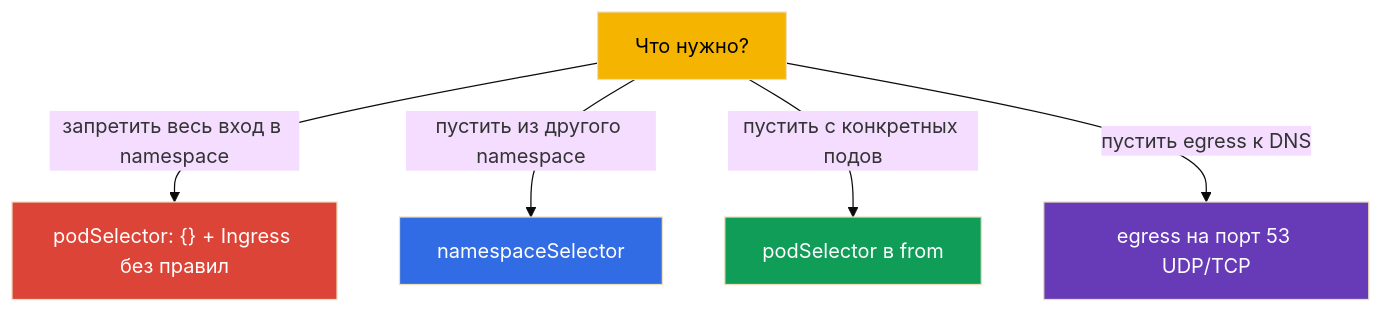
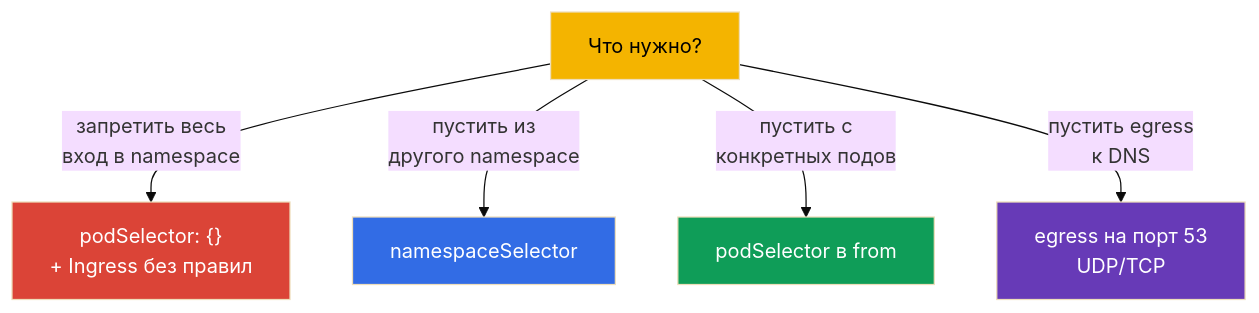
One commit to ViktorUJ/cks changed the sixth of 6 diagrams in tasks/cka/course/34/ru.md. Above: the diagram before and after it, drawn with Mermaid (base theme). The commit also changed other lines of this file and 30 other files, not shown here.

````diff
--- a/tasks/cka/course/34/ru.md
+++ b/tasks/cka/course/34/ru.md
@@ -175,13 +256,13 @@
 ```mermaid
 flowchart TB
     q["Что нужно?"]
-    q -->|"запретить весь вход в namespace"| dd["podSelector: {} + Ingress без правил"]
-    q -->|"пустить из другого namespace"| ns["namespaceSelector"]
-    q -->|"пустить с конкретных подов"| ps["podSelector в from"]
-    q -->|"пустить egress к DNS"| dns["egress на порт 53 UDP/TCP"]
+    q -->|"запретить весь<br>вход в namespace"| dd["podSelector: {}<br>+ Ingress без правил"]
+    q -->|"пустить из<br>другого namespace"| ns["namespaceSelector"]
+    q -->|"пустить с<br>конкретных подов"| ps["podSelector в from"]
+    q -->|"пустить egress<br>к DNS"| dns["egress на порт 53<br>UDP/TCP"]
     style q fill:#f4b400,color:#000
     style dd fill:#db4437,color:#fff
     style ns fill:#326ce5,color:#fff
     style ps fill:#0f9d58,color:#fff
     style dns fill:#673ab7,color:#fff
 ```
````
